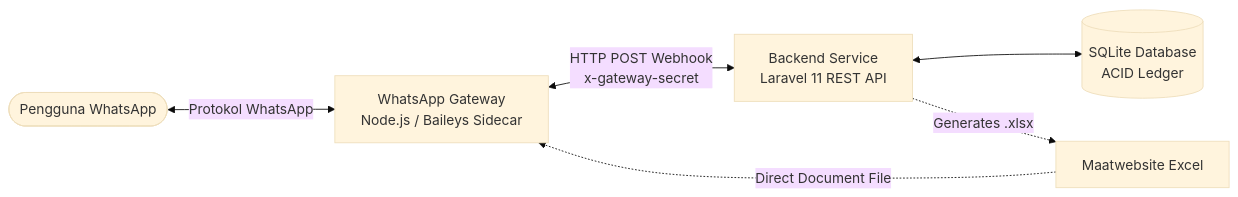
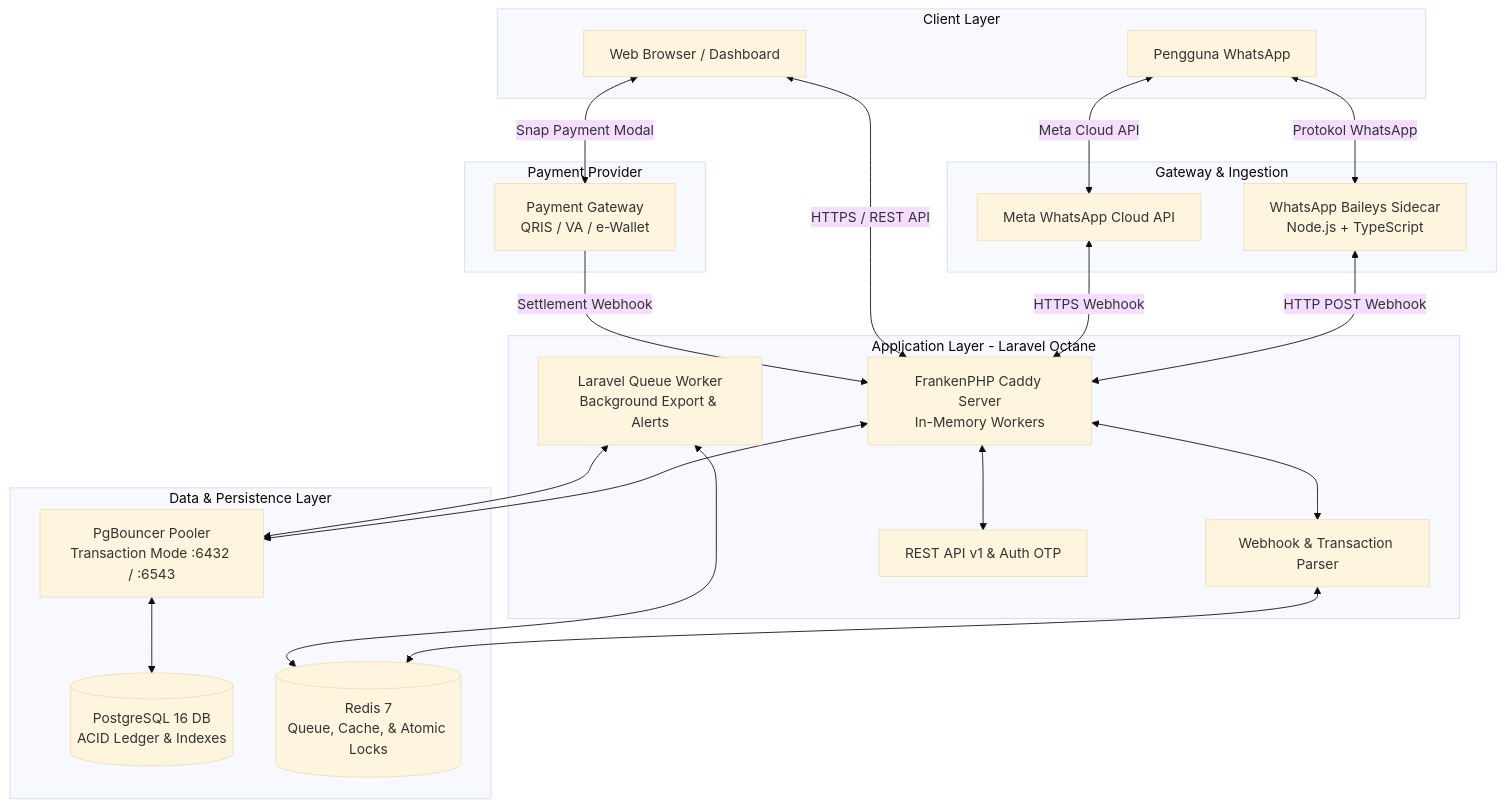
Before and after one commit to TeguhA10/chatbot-money-save: the diagram in README.md, drawn with Mermaid (base theme). The commit also changed other lines of this file, not shown here.

Commit message:
docs: update README with comprehensive features and architecture details

````diff
--- a/README.md
+++ b/README.md
@@ -70,8 +75,44 @@
 ```mermaid
-flowchart LR
-    User([Pengguna WhatsApp]) <-->|Protokol WhatsApp| Baileys[WhatsApp Gateway\nNode.js / Baileys Sidecar]
-    Baileys <-->|HTTP POST Webhook\nx-gateway-secret| Laravel[Backend Service\nLaravel 11 REST API]
-    Laravel <--> SQLite[(SQLite Database\nACID Ledger)]
-    Laravel -.->|Generates .xlsx| ExcelExport[Maatwebsite Excel]
-    ExcelExport -.->|Direct Document File| Baileys
+flowchart TD
+    subgraph Client Layer
+        WA[Pengguna WhatsApp]
+        Browser[Web Browser / Dashboard]
+    end
+
+    subgraph Gateway & Ingestion
+        Baileys[WhatsApp Baileys Sidecar\nNode.js + TypeScript]
+        MetaCloud[Meta WhatsApp Cloud API]
+    end
+
+    subgraph Application Layer - Laravel Octane
+        FrankenPHP[FrankenPHP Caddy Server\nIn-Memory Workers]
+        WebhookController[Webhook & Transaction Parser]
+        REST[REST API v1 & Auth OTP]
+        QueueWorker[Laravel Queue Worker\nBackground Export & Alerts]
+    end
+
+    subgraph Data & Persistence Layer
+        PgBouncer[PgBouncer Pooler\nTransaction Mode :6432 / :6543]
+        PostgreSQL[(PostgreSQL 16 DB\nACID Ledger & Indexes)]
+        Redis[(Redis 7\nQueue, Cache, & Atomic Locks)]
+    end
+
+    subgraph Payment Provider
+        Midtrans[Payment Gateway\nQRIS / VA / e-Wallet]
+    end
+
+    WA <-->|Protokol WhatsApp| Baileys
+    WA <-->|Meta Cloud API| MetaCloud
+    Baileys <-->|HTTP POST Webhook| FrankenPHP
+    MetaCloud <-->|HTTPS Webhook| FrankenPHP
+    Browser <-->|HTTPS / REST API| FrankenPHP
+    FrankenPHP <--> REST
+    FrankenPHP <--> WebhookController
+    WebhookController <--> Redis
+    QueueWorker <--> Redis
+    FrankenPHP <--> PgBouncer
+    QueueWorker <--> PgBouncer
+    PgBouncer <--> PostgreSQL
+    Browser <-->|Snap Payment Modal| Midtrans
+    Midtrans -->|Settlement Webhook| FrankenPHP
 ```
````
